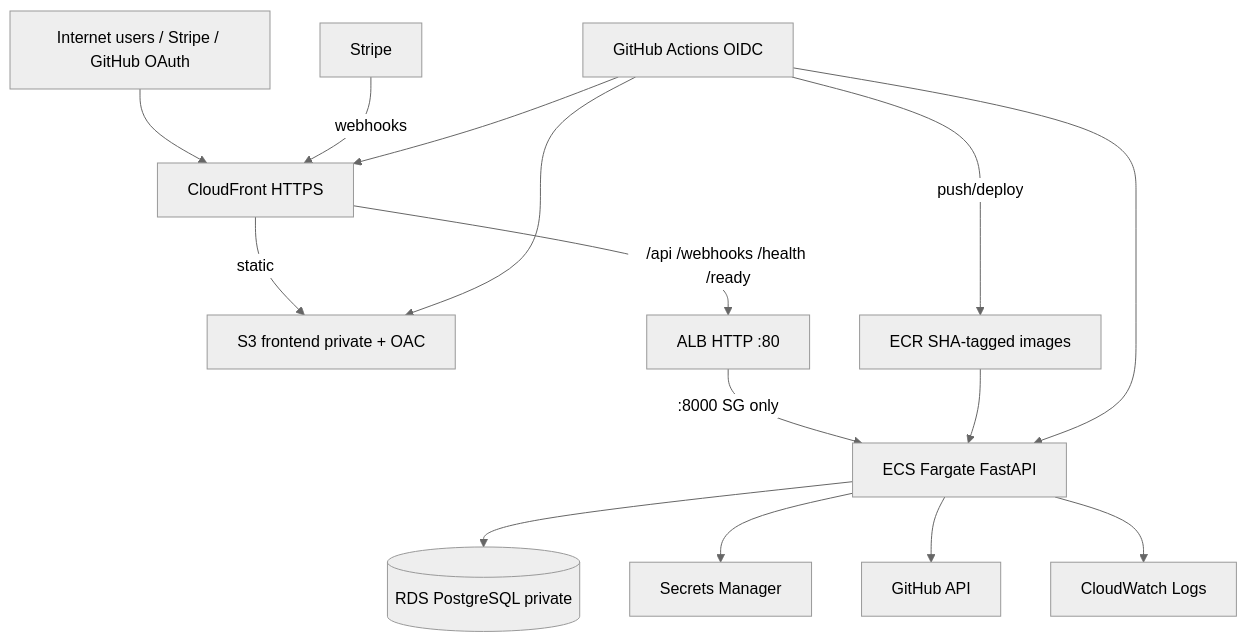
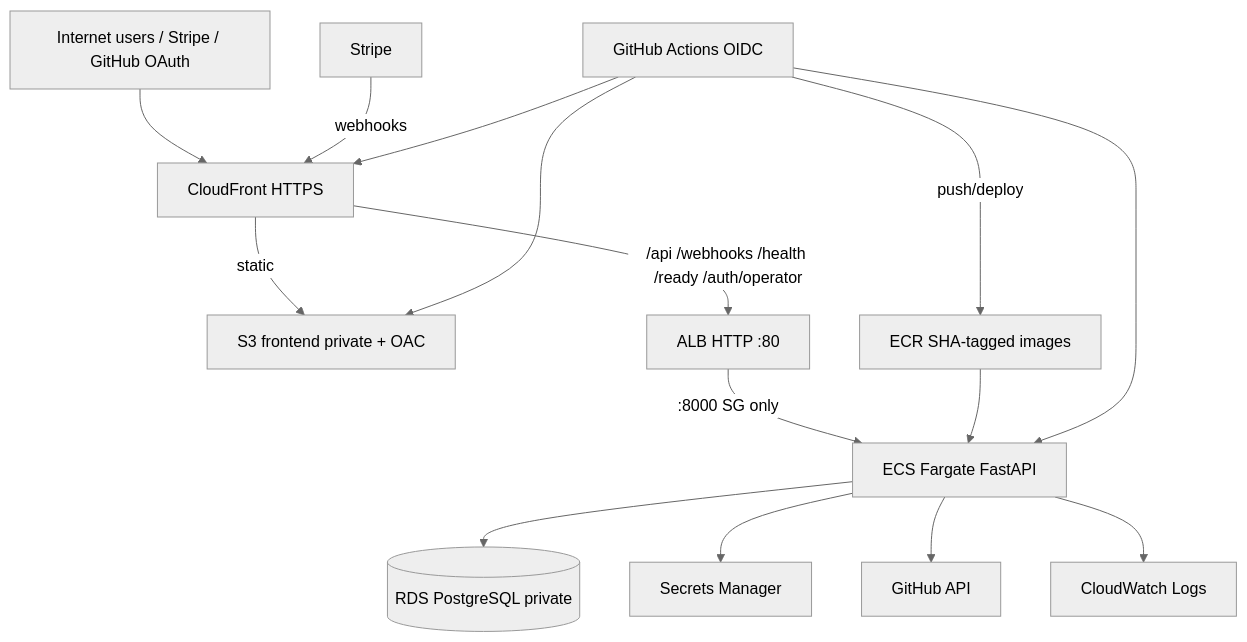
Before and after one commit to ManpreetS2/IntegrationLab: the diagram in docs/architecture.md, drawn with Mermaid (neutral theme). The commit also changed 7 other files, not shown here.

First line of the commit message:
fix: route /auth/operator through nginx and CloudFront

````diff
--- a/docs/architecture.md
+++ b/docs/architecture.md
@@ -192,30 +192,30 @@
 ```mermaid
 flowchart TB
   users[Internet users / Stripe / GitHub OAuth]
   cf[CloudFront HTTPS]
   s3[S3 frontend private + OAC]
   alb[ALB HTTP :80]
   ecs[ECS Fargate FastAPI]
   rds[(RDS PostgreSQL private)]
   sm[Secrets Manager]
   ecr[ECR SHA-tagged images]
   cw[CloudWatch Logs]
   gha[GitHub Actions OIDC]
   ghapi[GitHub API]
   stripe[Stripe]
 
   users --> cf
   stripe -->|webhooks| cf
   cf -->|static| s3
-  cf -->|/api /webhooks /health /ready| alb
+  cf -->|/api /webhooks /health /ready /auth/operator| alb
   alb -->|:8000 SG only| ecs
   ecs --> rds
   ecs --> sm
   ecs --> ghapi
   ecr --> ecs
   ecs --> cw
   gha -->|push/deploy| ecr
   gha --> ecs
   gha --> s3
   gha --> cf
 ```
````
